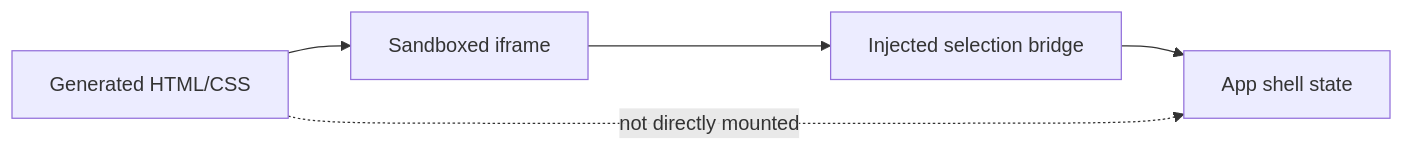
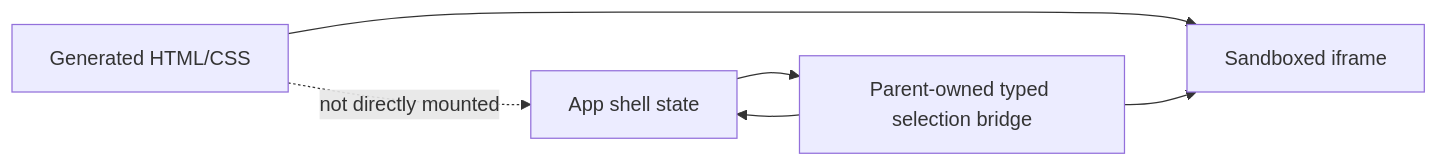
One commit to youngkidwarrior/vibespace changed the diagram in docs/HTML_CSS_RENDERING_BOUNDARY.md. Above: the diagram before and after it, drawn with Mermaid. The commit also changed other lines of this file and 46 other files, not shown here.

````diff
--- a/docs/HTML_CSS_RENDERING_BOUNDARY.md
+++ b/docs/HTML_CSS_RENDERING_BOUNDARY.md
@@ -24,7 +29,8 @@
 ```mermaid
 flowchart LR
   Generated[Generated HTML/CSS] --> Iframe[Sandboxed iframe]
-  Iframe --> SelectionBridge[Injected selection bridge]
+  AppShell --> SelectionBridge[Parent-owned typed selection bridge]
+  SelectionBridge --> Iframe
   SelectionBridge --> AppShell[App shell state]
   Generated -.not directly mounted.-> AppShell
 ```
````
